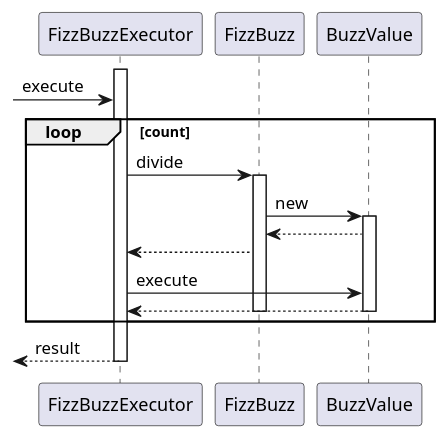
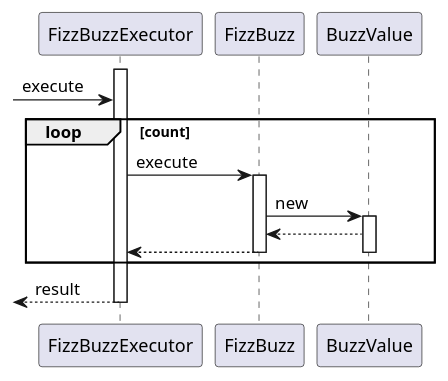
The third of 5 diagrams in docs/dev/_fizz_buzz.md (k2works/etude_for_ruby), drawn with PlantUML before and after one commit. The commit also changed other lines of this file and 9 other files, not shown here.

````diff
--- a/docs/dev/_fizz_buzz.md
+++ b/docs/dev/_fizz_buzz.md
@@ -87,20 +84,18 @@
 ```puml
 @startuml
 activate FizzBuzzExecutor
 -> FizzBuzzExecutor :execute
 loop count
-  FizzBuzzExecutor -> FizzBuzz :divide
+  FizzBuzzExecutor -> FizzBuzz :execute
   activate FizzBuzz
     FizzBuzz -> BuzzValue :new  
     activate BuzzValue
       BuzzValue --> FizzBuzz
       FizzBuzzExecutor <-- FizzBuzz
-      FizzBuzzExecutor -> BuzzValue :execute
-      BuzzValue --> FizzBuzzExecutor
     deactivate BuzzValue
   deactivate FizzBuzz
 end
 <-- FizzBuzzExecutor :result
 deactivate FizzBuzzExecutor
 @enduml
 ```
````
